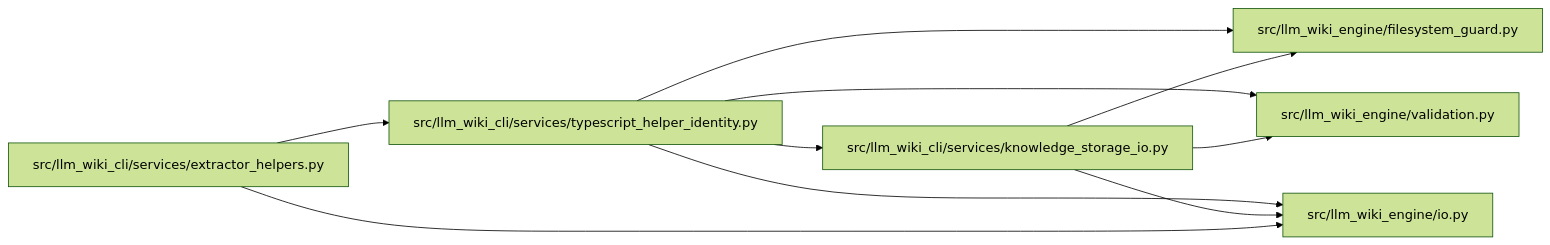
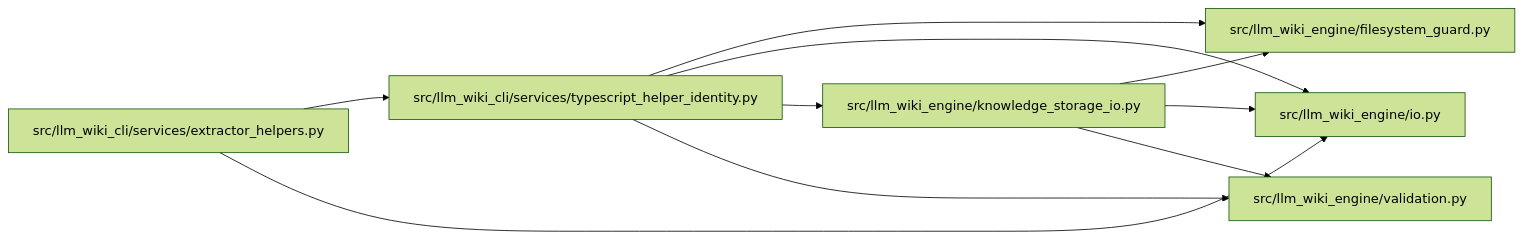
One commit to Denissvgn/python-wiki-llm changed the diagram in docs/llm_wiki/modules/typescript_helper_identity.md. Above: the diagram before and after it, drawn with Mermaid (forest theme). The commit also changed other lines of this file and 1058 other files, not shown here.

First line of the commit message:
docs: refresh the wiki for the knowledge store move

````diff
--- a/docs/llm_wiki/modules/typescript_helper_identity.md
+++ b/docs/llm_wiki/modules/typescript_helper_identity.md
@@ -33,24 +33,24 @@
 ```mermaid
 flowchart LR
     n0["src/llm_wiki_cli/services/extractor_helpers.py"]
-    n1["src/llm_wiki_cli/services/knowledge_storage_io.py"]
-    n2["src/llm_wiki_cli/services/typescript_helper_identity.py"]
-    n3["src/llm_wiki_engine/filesystem_guard.py"]
-    n4["src/llm_wiki_engine/io.py"]
+    n1["src/llm_wiki_cli/services/typescript_helper_identity.py"]
+    n2["src/llm_wiki_engine/filesystem_guard.py"]
+    n3["src/llm_wiki_engine/io.py"]
+    n4["src/llm_wiki_engine/knowledge_storage_io.py"]
     n5["src/llm_wiki_engine/validation.py"]
-    n0 --> n2
-    n0 --> n4
+    n0 --> n1
+    n0 --> n3
+    n1 --> n2
     n1 --> n3
     n1 --> n4
     n1 --> n5
-    n2 --> n1
-    n2 --> n3
-    n2 --> n4
-    n2 --> n5
+    n4 --> n2
+    n4 --> n3
+    n4 --> n5
     click n0 "../modules/extractor_helpers.md"
-    click n1 "../modules/knowledge_storage_io.md"
-    click n2 "../modules/typescript_helper_identity.md"
-    click n3 "../modules/filesystem_guard.md"
-    click n4 "../modules/io.md"
+    click n1 "../modules/typescript_helper_identity.md"
+    click n2 "../modules/filesystem_guard.md"
+    click n3 "../modules/io.md"
+    click n4 "../modules/knowledge_storage_io.md"
     click n5 "../modules/validation.md"
 ```
````
